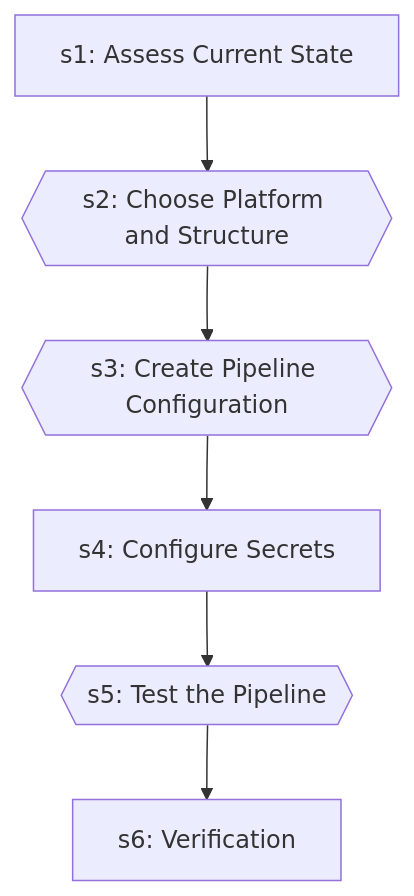
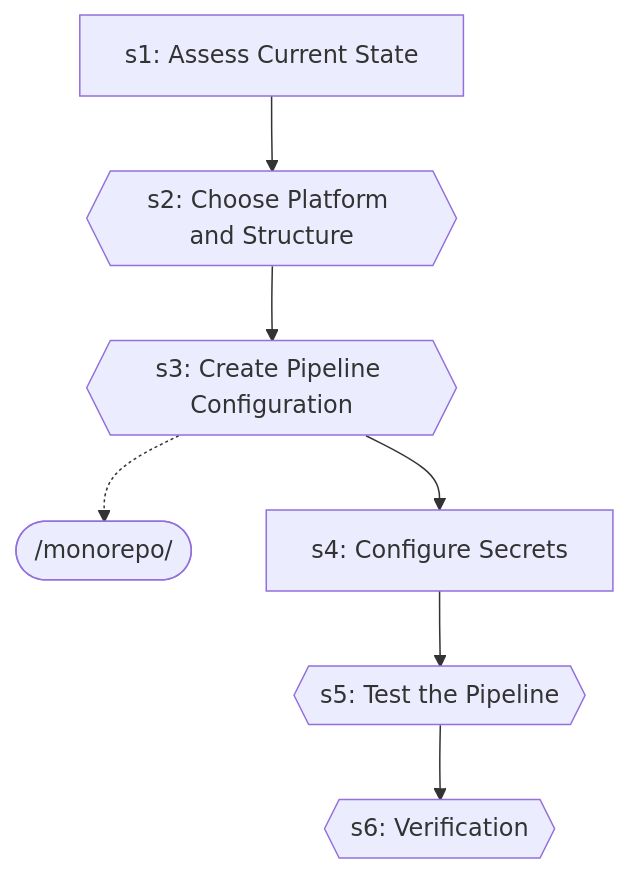
The eighth of 37 diagrams in docs/workflows/development-loop.md (abhayla/claude-best-practices), drawn with Mermaid before and after one commit. The commit also changed other lines of this file and 12 other files, not shown here.

````diff
--- a/docs/workflows/development-loop.md
+++ b/docs/workflows/development-loop.md
@@ -440,14 +442,16 @@
 ```mermaid
 graph TD
     s1["s1: Assess Current State"]
     s2{{s2: Choose Platform and Structure}}
     s1 --> s2
     s3{{s3: Create Pipeline Configuration}}
     s2 --> s3
+    monorepo_ext([/monorepo/])
+    s3 -.-> monorepo_ext
     s4["s4: Configure Secrets"]
     s3 --> s4
     s5{{s5: Test the Pipeline}}
     s4 --> s5
-    s6["s6: Verification"]
+    s6{{s6: Verification}}
     s5 --> s6
 ```
````
